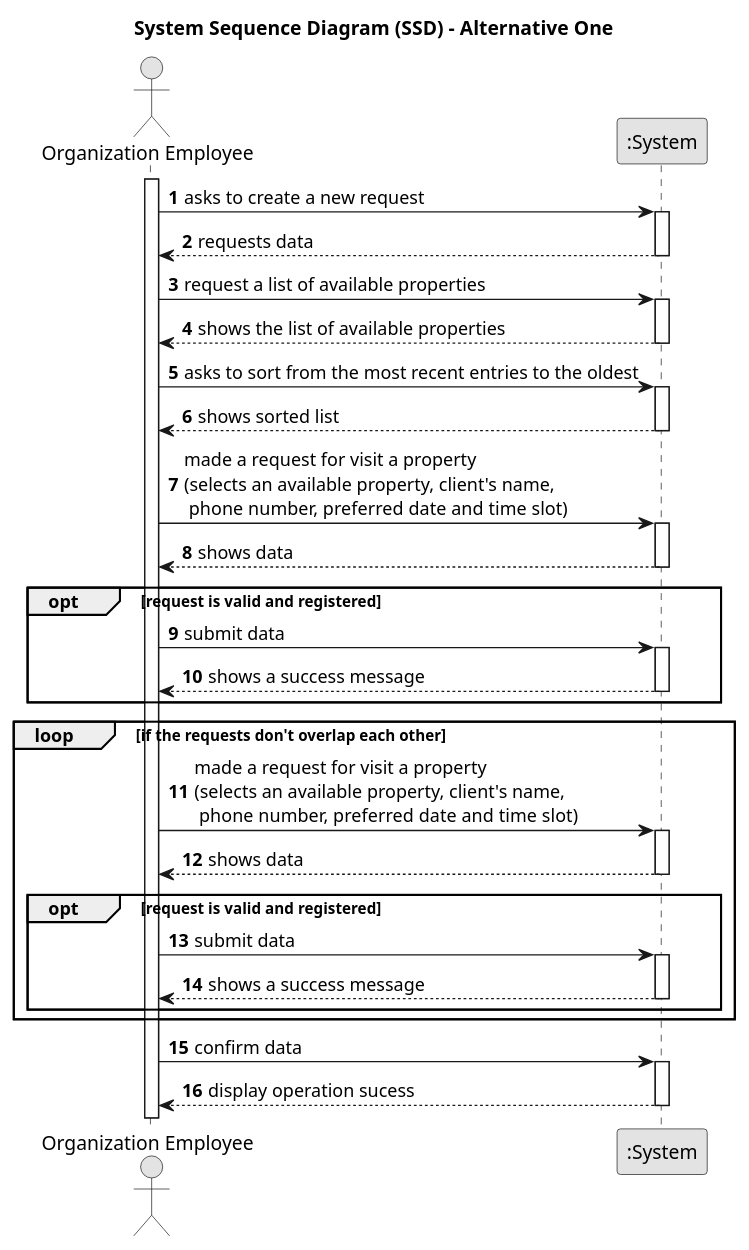
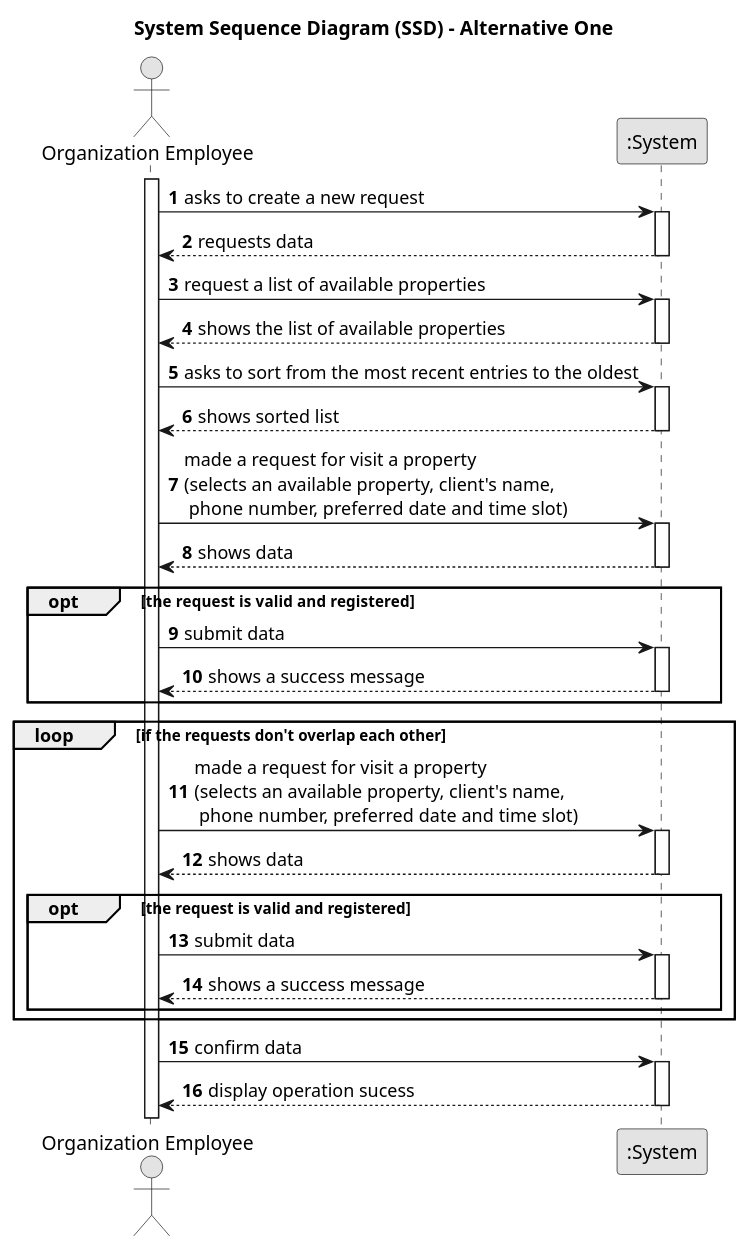
Before and after one commit to Rodrick0209/ISEP-LAPR2-22-23: the diagram in docs/Sprint-C/US009/01.requirements-engineering/puml/us009-system-sequence-diagram-alternative-one.puml, drawn with PlantUML.

Commit message:
US009-ssd

```diff
--- a/docs/Sprint-C/US009/01.requirements-engineering/puml/us009-system-sequence-diagram-alternative-one.puml
+++ b/docs/Sprint-C/US009/01.requirements-engineering/puml/us009-system-sequence-diagram-alternative-one.puml
@@ -1,77 +1,77 @@
 @startuml
 skinparam monochrome true
 skinparam packageStyle rectangle
 skinparam shadowing false
 
 title System Sequence Diagram (SSD) - Alternative One
 
 autonumber
 
 actor "Organization Employee" as Employee
 participant ":System" as System
 
 activate Employee
 
     Employee -> System : asks to create a new request
     activate System
 
         System --> Employee : requests data
     deactivate System
 
     Employee -> System : request a list of available properties
     activate System
 
         System --> Employee : shows the list of available properties
     deactivate System
 
     Employee -> System : asks to sort from the most recent entries to the oldest
     activate System
 
         System --> Employee : shows sorted list
     deactivate System
 
 
     Employee -> System : made a request for visit a property \n(selects an available property, client's name,\n phone number, preferred date and time slot)
     activate System
 
         System --> Employee : shows data
     deactivate System
 
-opt request is valid and registered
+opt the  request is valid and registered
 
      Employee -> System : submit data
         activate System
 
         System --> Employee : shows a success message
     deactivate System
 end
 
 loop if the requests don't overlap each other
 
     Employee -> System : made a request for visit a property \n(selects an available property, client's name,\n phone number, preferred date and time slot)
         activate System
 
 
             System --> Employee : shows data
         deactivate System
 
-opt request is valid and registered
+opt  the request is valid and registered
 
      Employee -> System : submit data
         activate System
 
         System --> Employee : shows a success message
     deactivate System
 end
 end
 
 Employee -> System : confirm data
 
      activate System
 
             System --> Employee : display operation sucess
      deactivate System
 
 
 
 @enduml
```
